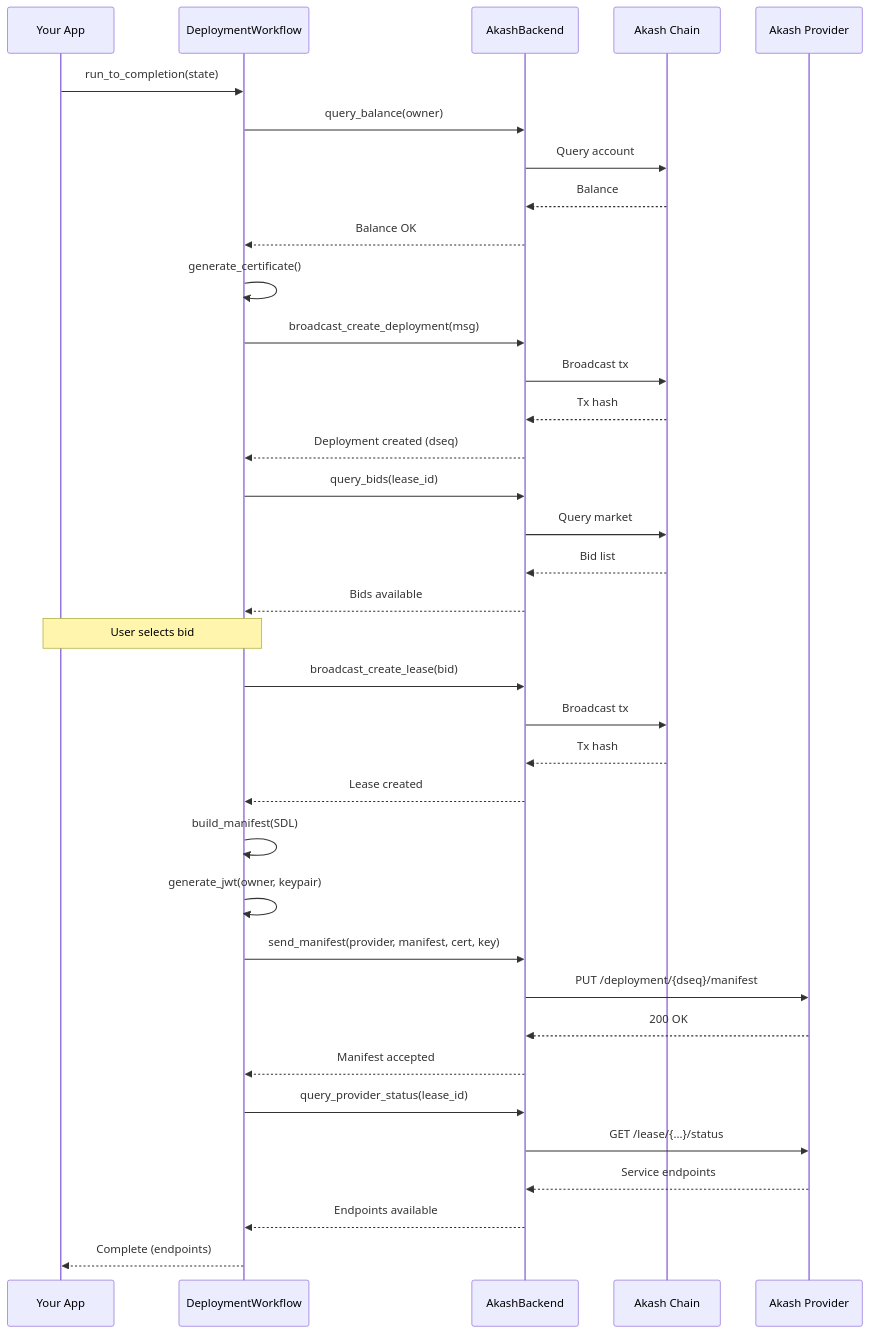
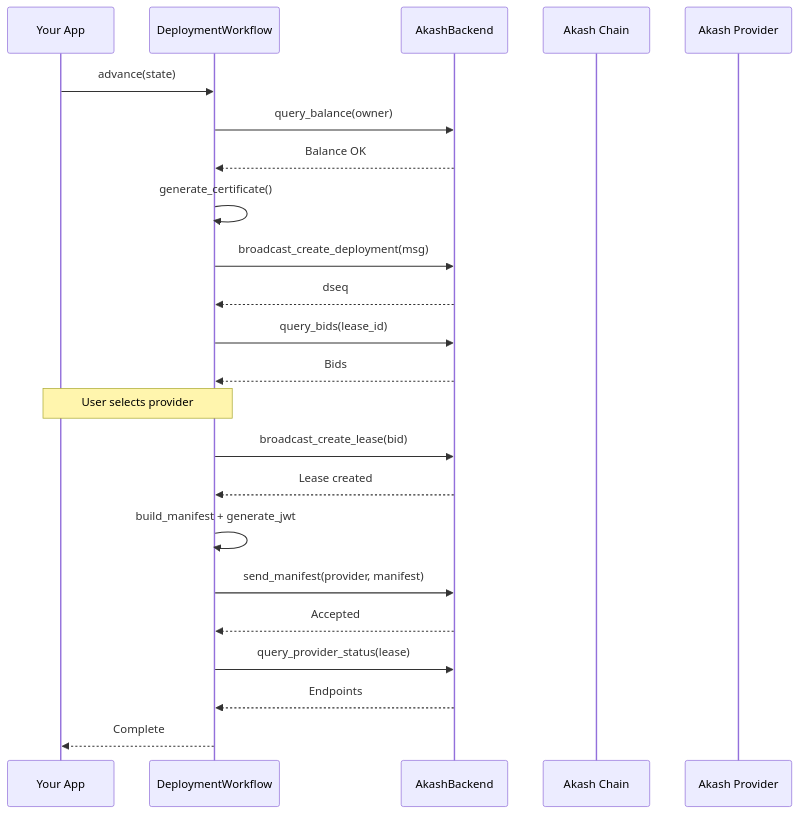
One commit to permissionlessweb/akash-deploy-rs changed the second of 2 diagrams in README.md. Above: the diagram before and after it, drawn with Mermaid. The commit also changed other lines of this file, not shown here.

First line of the commit message:
update README: trim to essentials, keep mermaid diagrams

````diff
--- a/README.md
+++ b/README.md
@@ -231,49 +98,36 @@
 ```mermaid
 sequenceDiagram
     participant App as Your App
     participant WF as DeploymentWorkflow
     participant Backend as AkashBackend
     participant Chain as Akash Chain
     participant Provider as Akash Provider
 
-    App->>WF: run_to_completion(state)
+    App->>WF: advance(state)
 
     WF->>Backend: query_balance(owner)
-    Backend->>Chain: Query account
-    Chain-->>Backend: Balance
     Backend-->>WF: Balance OK
 
     WF->>WF: generate_certificate()
 
     WF->>Backend: broadcast_create_deployment(msg)
-    Backend->>Chain: Broadcast tx
-    Chain-->>Backend: Tx hash
-    Backend-->>WF: Deployment created (dseq)
+    Backend-->>WF: dseq
 
     WF->>Backend: query_bids(lease_id)
-    Backend->>Chain: Query market
-    Chain-->>Backend: Bid list
-    Backend-->>WF: Bids available
+    Backend-->>WF: Bids
 
-    Note over WF,App: User selects bid
+    Note over WF,App: User selects provider
 
     WF->>Backend: broadcast_create_lease(bid)
-    Backend->>Chain: Broadcast tx
-    Chain-->>Backend: Tx hash
     Backend-->>WF: Lease created
 
-    WF->>WF: build_manifest(SDL)
-    WF->>WF: generate_jwt(owner, keypair)
+    WF->>WF: build_manifest + generate_jwt
 
-    WF->>Backend: send_manifest(provider, manifest, cert, key)
-    Backend->>Provider: PUT /deployment/{dseq}/manifest
-    Provider-->>Backend: 200 OK
-    Backend-->>WF: Manifest accepted
+    WF->>Backend: send_manifest(provider, manifest)
+    Backend-->>WF: Accepted
 
-    WF->>Backend: query_provider_status(lease_id)
-    Backend->>Provider: GET /lease/{...}/status
-    Provider-->>Backend: Service endpoints
-    Backend-->>WF: Endpoints available
+    WF->>Backend: query_provider_status(lease)
+    Backend-->>WF: Endpoints
 
-    WF-->>App: Complete (endpoints)
+    WF-->>App: Complete
 ```
````
